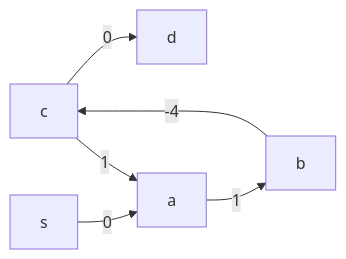
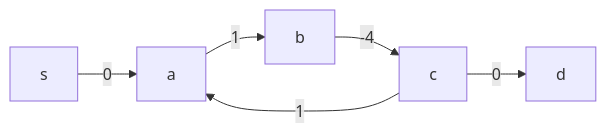
One commit to bathan1/caprice-lang changed the third of 9 diagrams in docs/blue3_report/programming_blue3.md. Above: the diagram before and after it, drawn with Mermaid. The commit also changed other lines of this file and 9 other files, not shown here.

````diff
--- a/docs/blue3_report/programming_blue3.md
+++ b/docs/blue3_report/programming_blue3.md
@@ -443,8 +248,6 @@
-```{.mermaid #relnode-not-in-neg-cycle-mermaid}
+```mermaid
 graph LR
+  ns["s"] -->|"0"| na["a"]; na["a"] -->|"1"| nb["b"]
+  nb["b"] -->|"-4"| nc["c"]; nc["c"] -->|"1"| na["a"]
   nc["c"] -->|"0"| nd["d"]
-  ns["s"] -->|"0"| na["a"]
-  na["a"] -->|"1"| nb["b"]
-  nb["b"] -->|"-4"| nc["c"]
-  nc["c"] -->|"1"| na["a"]
 ```
````
